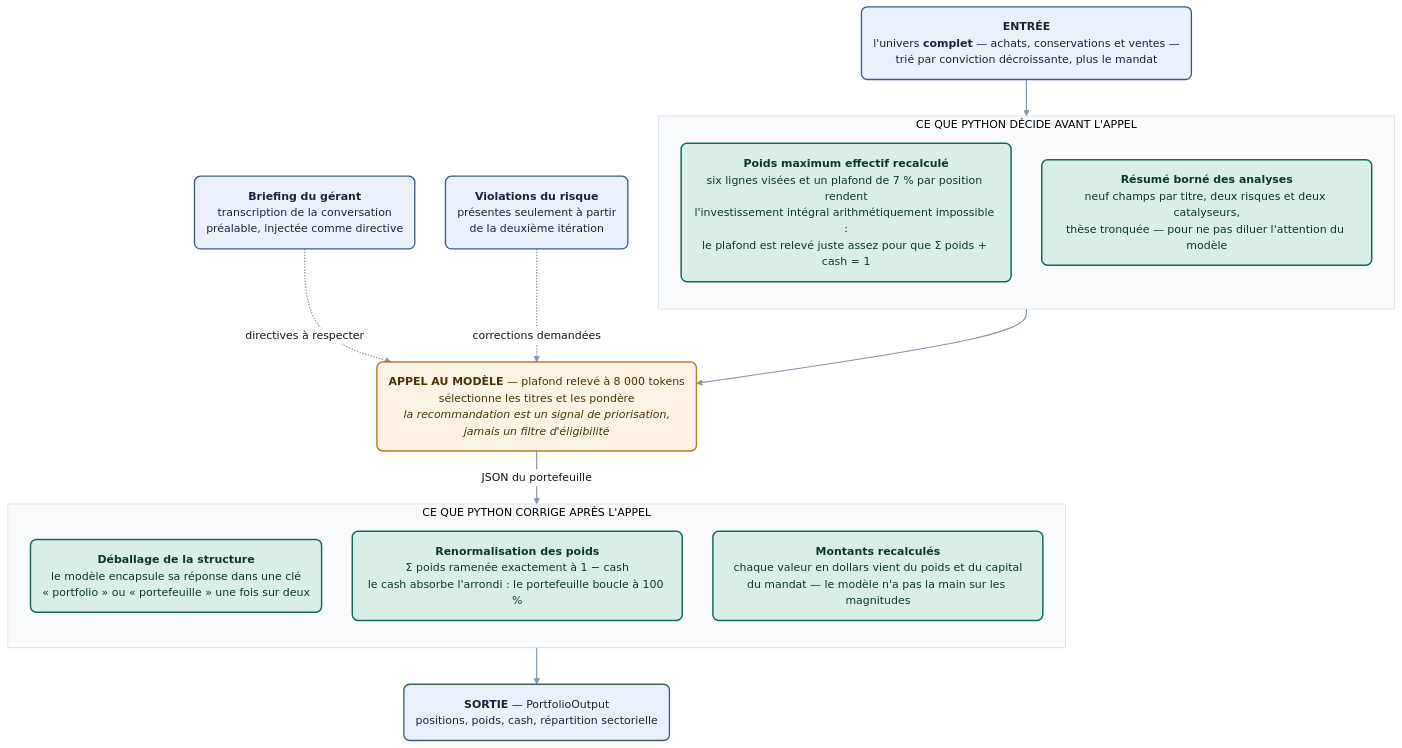
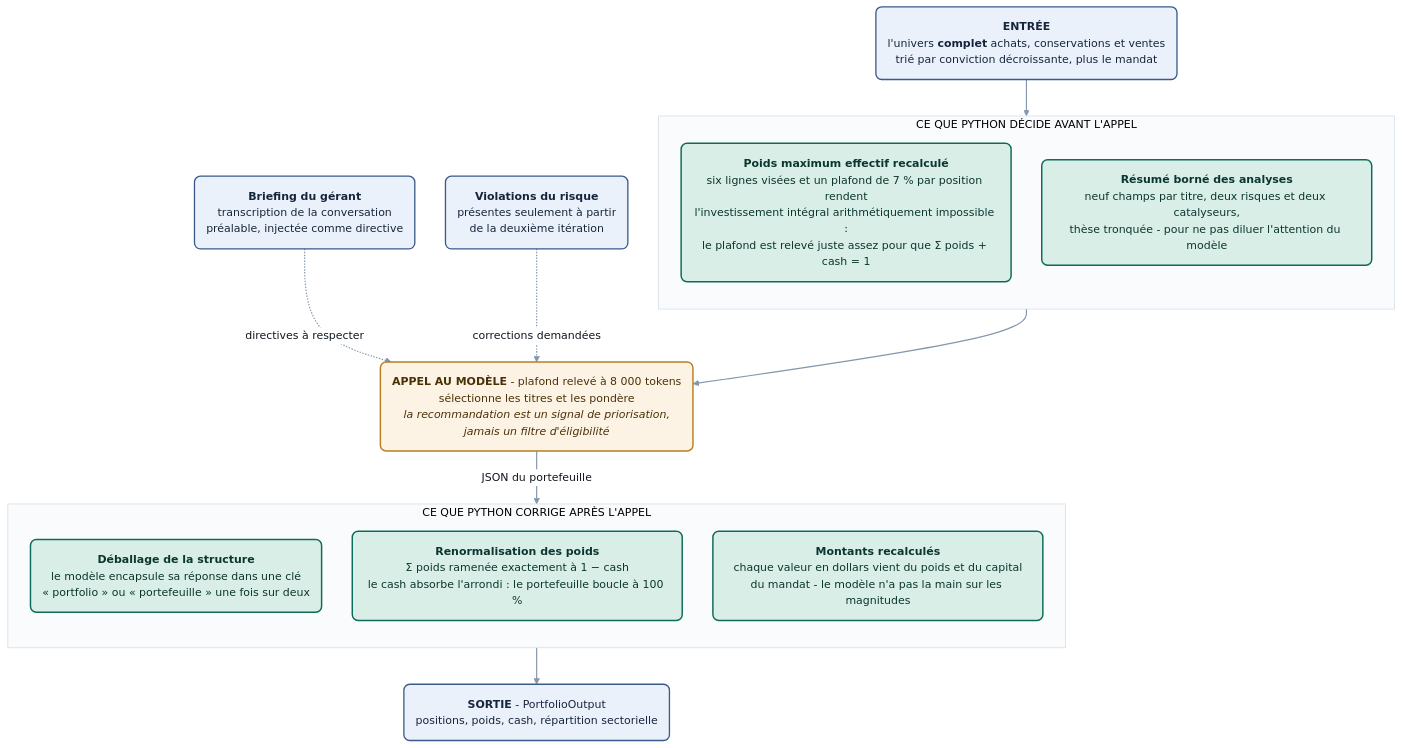
One commit to damienkuhnz-tech/AlphaSwarm-AI changed the diagram in docs/architecture/agents/agent_3_portefeuille.mmd. Above: the diagram before and after it, drawn with Mermaid. The commit also changed 106 other files, not shown here.

```diff
--- a/docs/architecture/agents/agent_3_portefeuille.mmd
+++ b/docs/architecture/agents/agent_3_portefeuille.mmd
@@ -1,61 +1,61 @@
 ---
 config:
   theme: base
   themeVariables:
     fontFamily: "Segoe UI, Helvetica Neue, Arial, sans-serif"
     fontSize: 15px
     lineColor: "#8496AC"
     primaryColor: "#FFFFFF"
     primaryTextColor: "#101720"
     primaryBorderColor: "#8496AC"
     clusterBkg: "#FAFBFD"
     clusterBorder: "#D3DBE6"
     edgeLabelBackground: "#FFFFFF"
   flowchart:
     curve: basis
     padding: 16
     nodeSpacing: 42
     rankSpacing: 50
     wrappingWidth: 420
 ---
 flowchart TB
 
-  IN("<b>ENTRÉE</b><br/>l'univers <b>complet</b> — achats, conservations et ventes —<br/>trié par conviction décroissante, plus le mandat")
+  IN("<b>ENTRÉE</b><br/>l'univers <b>complet</b> achats, conservations et ventes<br/>trié par conviction décroissante, plus le mandat")
   BRIEF("<b>Briefing du gérant</b><br/>transcription de la conversation<br/>préalable, injectée comme directive")
   VIOL("<b>Violations du risque</b><br/>présentes seulement à partir<br/>de la deuxième itération")
 
   subgraph AVANT["&nbsp;&nbsp;CE QUE PYTHON DÉCIDE AVANT L'APPEL&nbsp;&nbsp;"]
     direction TB
     P1("<b>Poids maximum effectif recalculé</b><br/>six lignes visées et un plafond de 7 % par position rendent<br/>l'investissement intégral arithmétiquement impossible :<br/>le plafond est relevé juste assez pour que Σ poids + cash = 1")
-    P2("<b>Résumé borné des analyses</b><br/>neuf champs par titre, deux risques et deux catalyseurs,<br/>thèse tronquée — pour ne pas diluer l'attention du modèle")
+    P2("<b>Résumé borné des analyses</b><br/>neuf champs par titre, deux risques et deux catalyseurs,<br/>thèse tronquée - pour ne pas diluer l'attention du modèle")
   end
 
-  LLM("<b>APPEL AU MODÈLE</b> — plafond relevé à 8 000 tokens<br/>sélectionne les titres et les pondère<br/><i>la recommandation est un signal de priorisation,<br/>jamais un filtre d'éligibilité</i>")
+  LLM("<b>APPEL AU MODÈLE</b> - plafond relevé à 8 000 tokens<br/>sélectionne les titres et les pondère<br/><i>la recommandation est un signal de priorisation,<br/>jamais un filtre d'éligibilité</i>")
 
   subgraph APRES["&nbsp;&nbsp;CE QUE PYTHON CORRIGE APRÈS L'APPEL&nbsp;&nbsp;"]
     direction TB
     R1("<b>Déballage de la structure</b><br/>le modèle encapsule sa réponse dans une clé<br/>« portfolio » ou « portefeuille » une fois sur deux")
     R2("<b>Renormalisation des poids</b><br/>Σ poids ramenée exactement à 1 − cash<br/>le cash absorbe l'arrondi : le portefeuille boucle à 100 %")
-    R3("<b>Montants recalculés</b><br/>chaque valeur en dollars vient du poids et du capital<br/>du mandat — le modèle n'a pas la main sur les magnitudes")
+    R3("<b>Montants recalculés</b><br/>chaque valeur en dollars vient du poids et du capital<br/>du mandat - le modèle n'a pas la main sur les magnitudes")
   end
 
-  OUT("<b>SORTIE</b> — PortfolioOutput<br/>positions, poids, cash, répartition sectorielle")
+  OUT("<b>SORTIE</b> - PortfolioOutput<br/>positions, poids, cash, répartition sectorielle")
 
   IN --> AVANT
   BRIEF -.->|directives à respecter| LLM
   VIOL -.->|corrections demandées| LLM
   AVANT --> LLM
   LLM -->|"JSON du portefeuille"| APRES
   APRES --> OUT
 
   class IN,OUT,BRIEF,VIOL io;
   class P1,P2,R1,R2,R3 calc;
   class LLM juge;
 
   classDef juge fill:#FCF3E4,stroke:#B8801F,stroke-width:2px,color:#4A3208,rx:8,ry:8;
   classDef calc fill:#DAEEE8,stroke:#0D6B59,stroke-width:2px,color:#0A362E,rx:8,ry:8;
   classDef io fill:#EBF1FA,stroke:#3A5A8C,stroke-width:1.8px,color:#16253C,rx:8,ry:8;
   classDef stop fill:#FBE4E1,stroke:#9C2A22,stroke-width:2px,color:#4A110D,rx:8,ry:8;
   classDef data fill:#FFFFFF,stroke:#8496AC,stroke-width:1.4px,color:#101720,rx:8,ry:8;
 
   linkStyle default stroke-width:1.6px;
```
